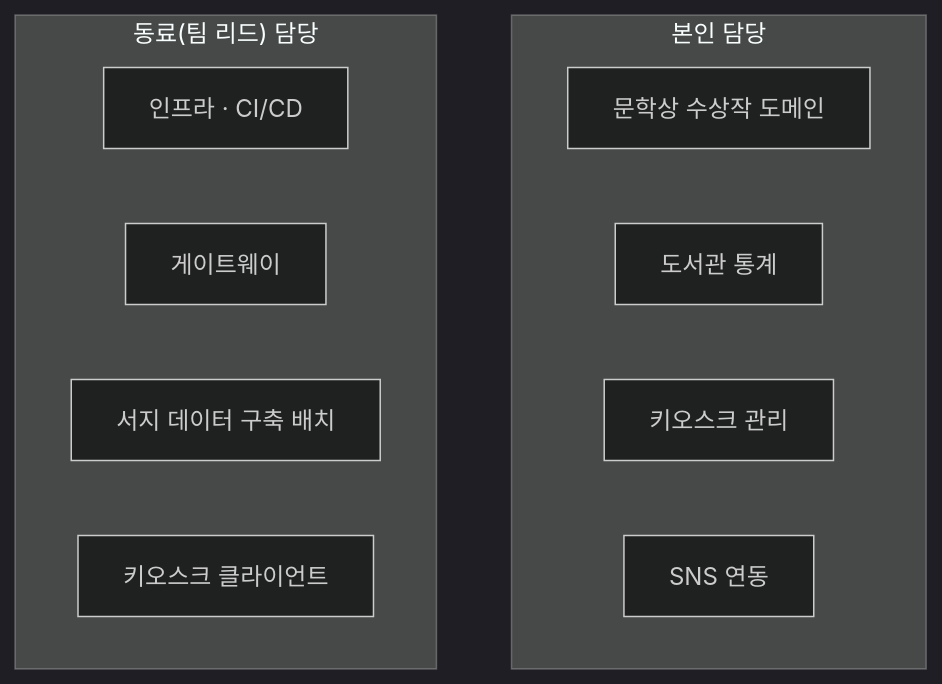
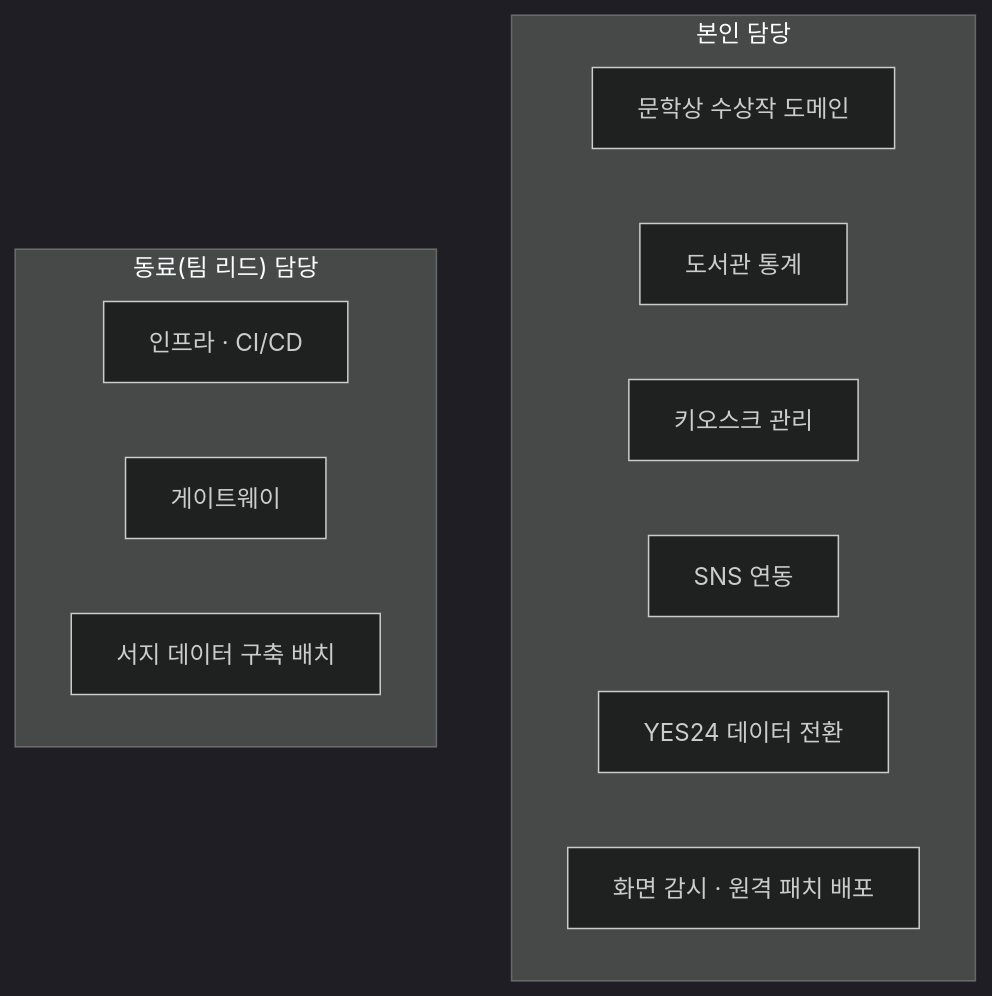
One commit to panorama713/career-portfolio changed the diagram in projects/03-bookmate.md. Above: the diagram before and after it, drawn with Mermaid (dark theme). The commit also changed other lines of this file and 4 other files, not shown here.

````diff
--- a/projects/03-bookmate.md
+++ b/projects/03-bookmate.md
@@ -6,15 +6,16 @@
 ```mermaid
 flowchart TB
     subgraph 본인담당["본인 담당"]
         Award["문학상 수상작 도메인"]
         Stats["도서관 통계"]
         KioskMgmt["키오스크 관리"]
         SNS["SNS 연동"]
+        Yes24["YES24 데이터 전환"]
+        Ops["화면 감시 · 원격 패치 배포"]
     end
     subgraph 동료담당["동료(팀 리드) 담당"]
         Infra["인프라 · CI/CD"]
         GW["게이트웨이"]
         Biblio["서지 데이터 구축 배치"]
-        Kiosk["키오스크 클라이언트"]
     end
 ```
````
